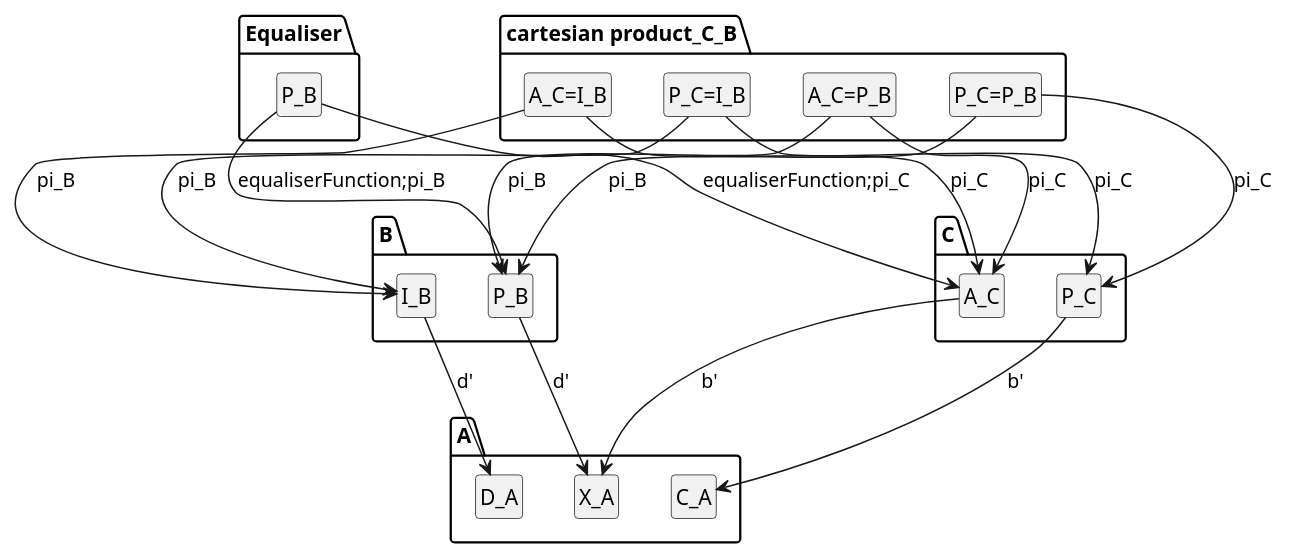
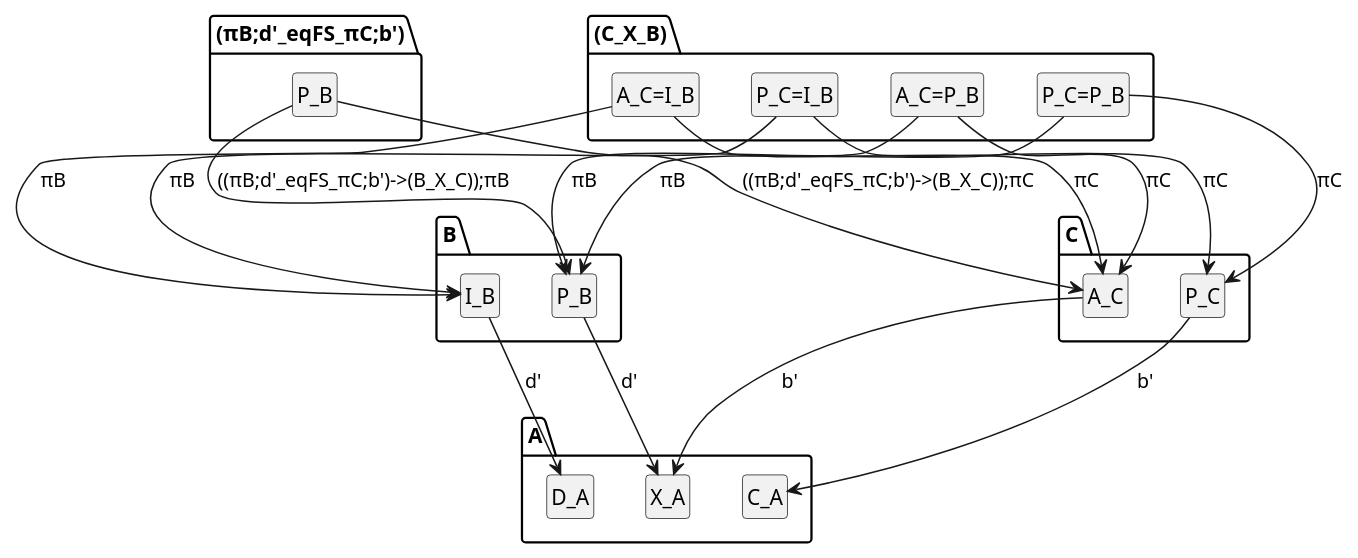
One commit to rajiv-thorat/fmde changed the diagram in FMDE/diagrams/miniprojdelta/testPullback.pretty.plantuml. Above: the diagram before and after it, drawn with PlantUML. The commit also changed 11 other files, not shown here.

```diff
--- a/FMDE/diagrams/miniprojdelta/testPullback.pretty.plantuml
+++ b/FMDE/diagrams/miniprojdelta/testPullback.pretty.plantuml
@@ -1,32 +1,32 @@
 @startuml
 skinparam shadowing false
 hide members
 hide circle
 class "B.P_B"
 class "B.I_B"
 class "A.X_A"
 class "A.C_A"
 class "A.D_A"
 class "C.P_C"
 class "C.A_C"
-class "Equaliser.P_B"
-class "cartesian product_C_B.P_C=P_B"
-class "cartesian product_C_B.P_C=I_B"
-class "cartesian product_C_B.A_C=P_B"
-class "cartesian product_C_B.A_C=I_B"
+class "(πB;d'_eqFS_πC;b').P_B"
+class "(C_X_B).P_C=P_B"
+class "(C_X_B).P_C=I_B"
+class "(C_X_B).A_C=P_B"
+class "(C_X_B).A_C=I_B"
 
 "B.P_B" --> "A.X_A" : "d'"
 "B.I_B" --> "A.D_A" : "d'"
 "C.P_C" --> "A.C_A" : "b'"
 "C.A_C" --> "A.X_A" : "b'"
-"Equaliser.P_B" --> "B.P_B" : "equaliserFunction;pi_B"
-"cartesian product_C_B.P_C=P_B" --> "C.P_C" : "pi_C"
-"cartesian product_C_B.P_C=I_B" --> "C.P_C" : "pi_C"
-"cartesian product_C_B.A_C=P_B" --> "C.A_C" : "pi_C"
-"cartesian product_C_B.A_C=I_B" --> "C.A_C" : "pi_C"
-"Equaliser.P_B" --> "C.A_C" : "equaliserFunction;pi_C"
-"cartesian product_C_B.P_C=P_B" --> "B.P_B" : "pi_B"
-"cartesian product_C_B.P_C=I_B" --> "B.I_B" : "pi_B"
-"cartesian product_C_B.A_C=P_B" --> "B.P_B" : "pi_B"
-"cartesian product_C_B.A_C=I_B" --> "B.I_B" : "pi_B"
+"(πB;d'_eqFS_πC;b').P_B" --> "B.P_B" : "((πB;d'_eqFS_πC;b')->(B_X_C));πB"
+"(C_X_B).P_C=P_B" --> "C.P_C" : "πC"
+"(C_X_B).P_C=I_B" --> "C.P_C" : "πC"
+"(C_X_B).A_C=P_B" --> "C.A_C" : "πC"
+"(C_X_B).A_C=I_B" --> "C.A_C" : "πC"
+"(πB;d'_eqFS_πC;b').P_B" --> "C.A_C" : "((πB;d'_eqFS_πC;b')->(B_X_C));πC"
+"(C_X_B).P_C=P_B" --> "B.P_B" : "πB"
+"(C_X_B).P_C=I_B" --> "B.I_B" : "πB"
+"(C_X_B).A_C=P_B" --> "B.P_B" : "πB"
+"(C_X_B).A_C=I_B" --> "B.I_B" : "πB"
 @enduml
```
